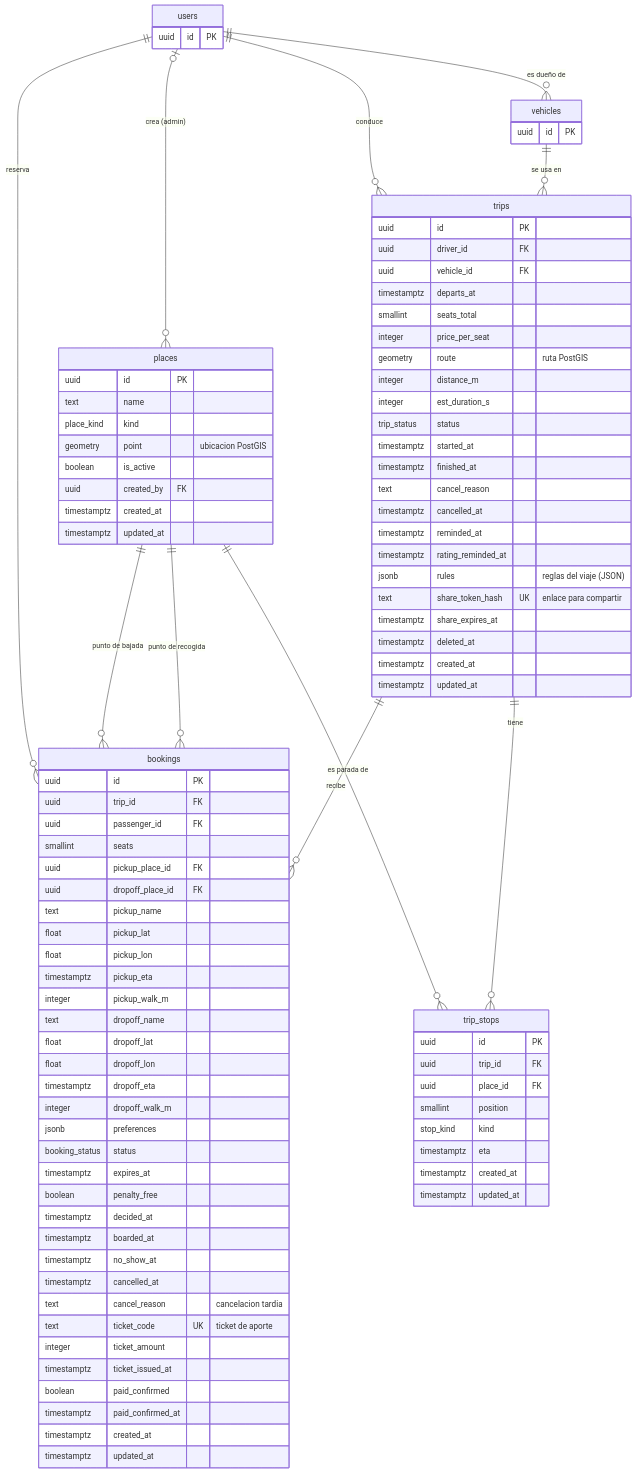
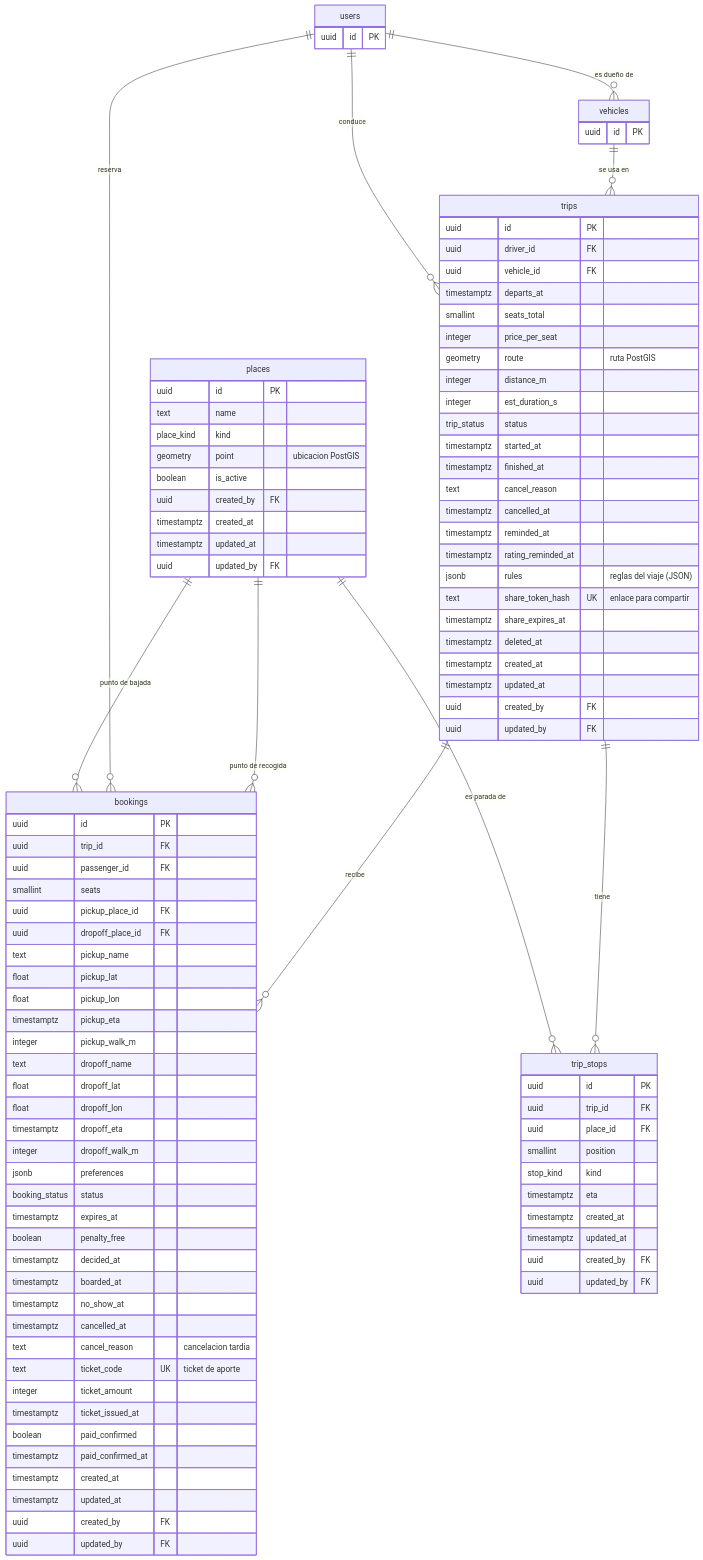
The fourth of 5 diagrams in docs/DIAGRAMA_ER.md (Daniel-Pinzon-Up/carpool-up), drawn with Mermaid before and after one commit. The commit also changed other lines of this file and 6 other files, not shown here.

Commit message:
docs: describe the authorship columns in the ER diagram and decisions

```diff
--- a/docs/DIAGRAMA_ER.md
+++ b/docs/DIAGRAMA_ER.md
@@ -457,6 +506,7 @@
     uuid created_by FK
     timestamptz created_at
     timestamptz updated_at
+    uuid updated_by FK
   }
   trips {
     uuid id PK
@@ -481,6 +531,8 @@
     timestamptz deleted_at
     timestamptz created_at
     timestamptz updated_at
+    uuid created_by FK
+    uuid updated_by FK
   }
   trip_stops {
     uuid id PK
@@ -491,6 +543,8 @@
     timestamptz eta
     timestamptz created_at
     timestamptz updated_at
+    uuid created_by FK
+    uuid updated_by FK
   }
   bookings {
     uuid id PK
@@ -525,6 +579,8 @@
     timestamptz paid_confirmed_at
     timestamptz created_at
     timestamptz updated_at
+    uuid created_by FK
+    uuid updated_by FK
   }
   users {
     uuid id PK
@@ -536,7 +592,6 @@
   users ||--o{ bookings : "reserva"
   places ||--o{ bookings : "punto de recogida"
   trips ||--o{ bookings : "recibe"
-  users |o--o{ places : "crea (admin)"
   places ||--o{ trip_stops : "es parada de"
   trips ||--o{ trip_stops : "tiene"
   users ||--o{ trips : "conduce"
```
